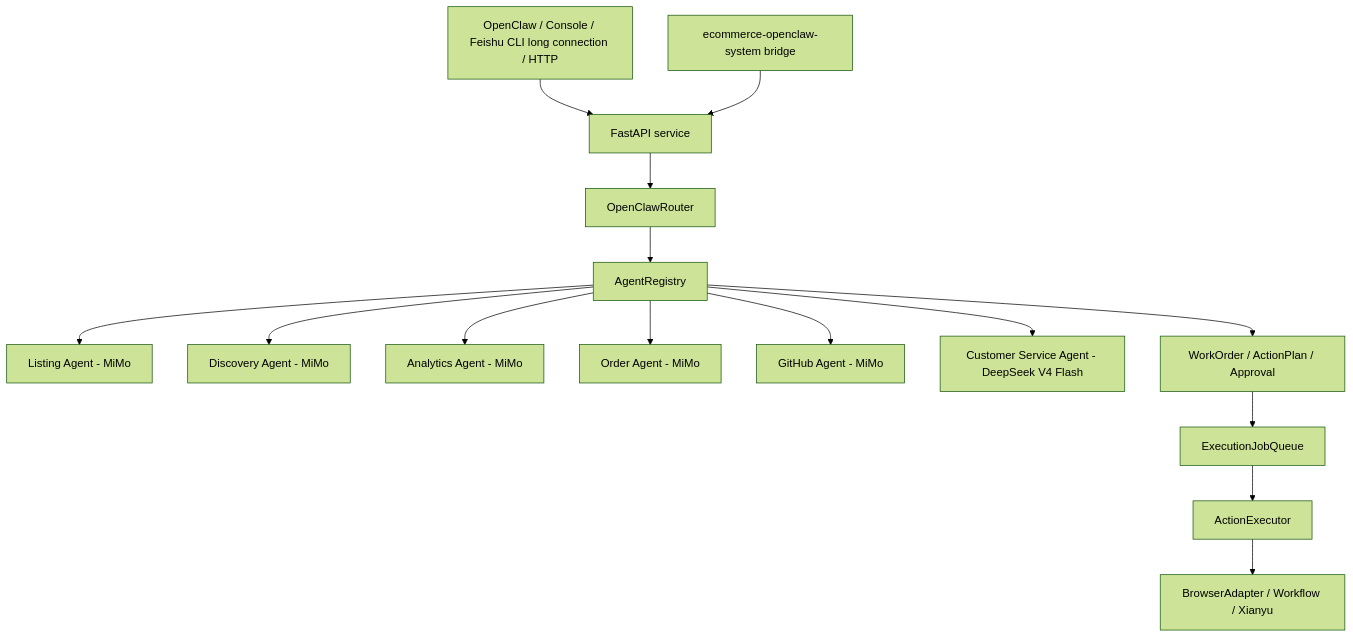
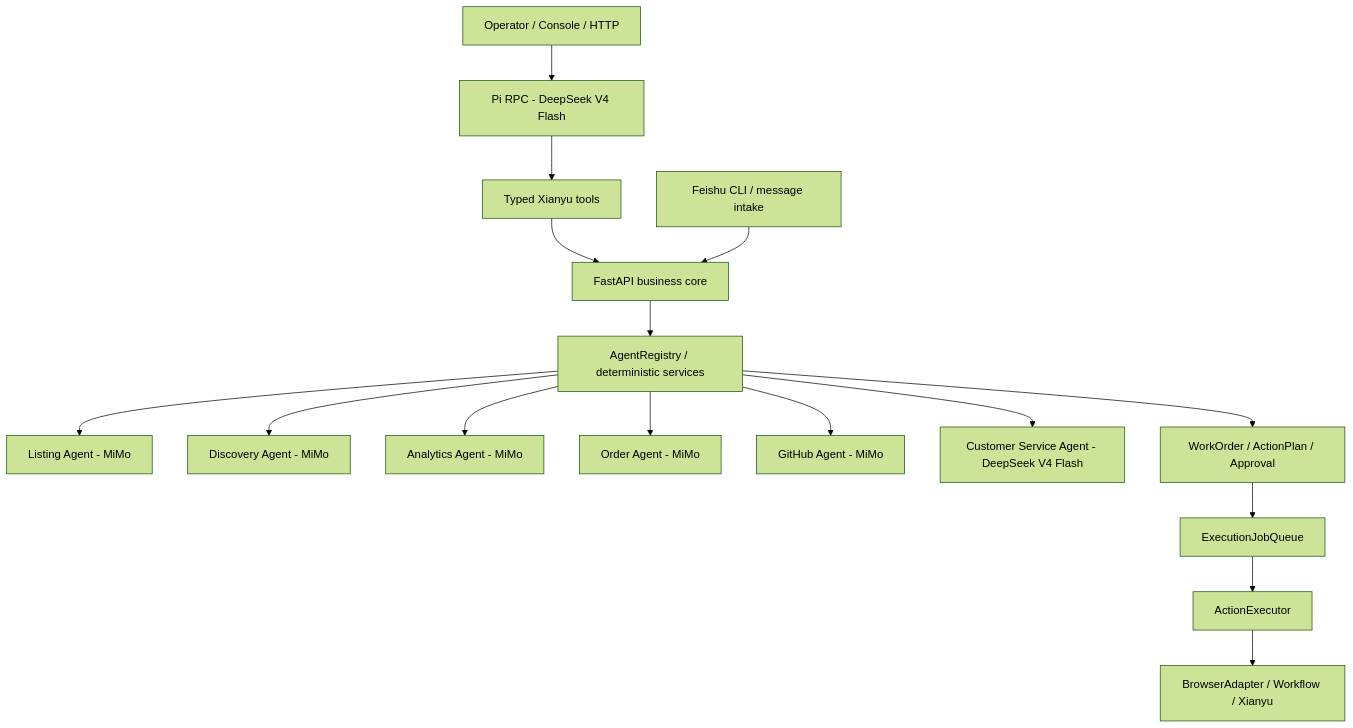
Before and after one commit to AuroraKON6/xianyu-agent: the diagram in docs/PROJECT_PLAN.md, drawn with Mermaid (forest theme). The commit also changed other lines of this file and 19 other files, not shown here.

````diff
--- a/docs/PROJECT_PLAN.md
+++ b/docs/PROJECT_PLAN.md
@@ -13,17 +13,18 @@
 ```mermaid
 flowchart TD
-  A["OpenClaw / Console / Feishu CLI long connection / HTTP"] --> B["FastAPI service"]
-  AA["ecommerce-openclaw-system bridge"] --> B
-  B --> C["OpenClawRouter"]
-  C --> D["AgentRegistry"]
+  A["Operator / Console / HTTP"] --> P["Pi RPC - DeepSeek V4 Flash"]
+  P --> T["Typed Xianyu tools"]
+  T --> B["FastAPI business core"]
+  FI["Feishu CLI / message intake"] --> B
+  B --> D["AgentRegistry / deterministic services"]
   D --> E["Listing Agent - MiMo"]
   D --> F["Discovery Agent - MiMo"]
   D --> G["Analytics Agent - MiMo"]
   D --> H["Order Agent - MiMo"]
   D --> I["GitHub Agent - MiMo"]
   D --> J["Customer Service Agent - DeepSeek V4 Flash"]
   D --> K["WorkOrder / ActionPlan / Approval"]
   K --> L["ExecutionJobQueue"]
   L --> M["ActionExecutor"]
   M --> N["BrowserAdapter / Workflow / Xianyu"]
 ```
````
